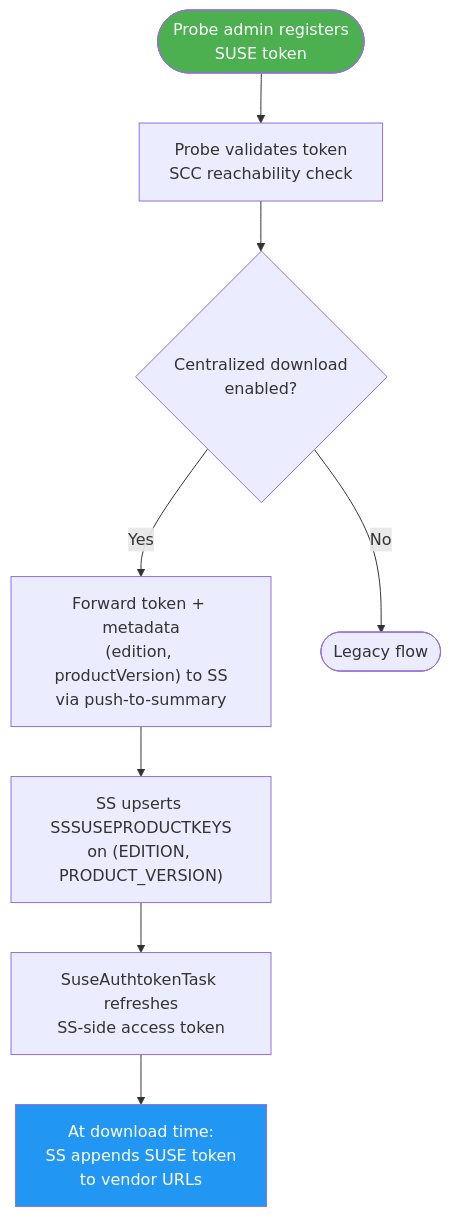
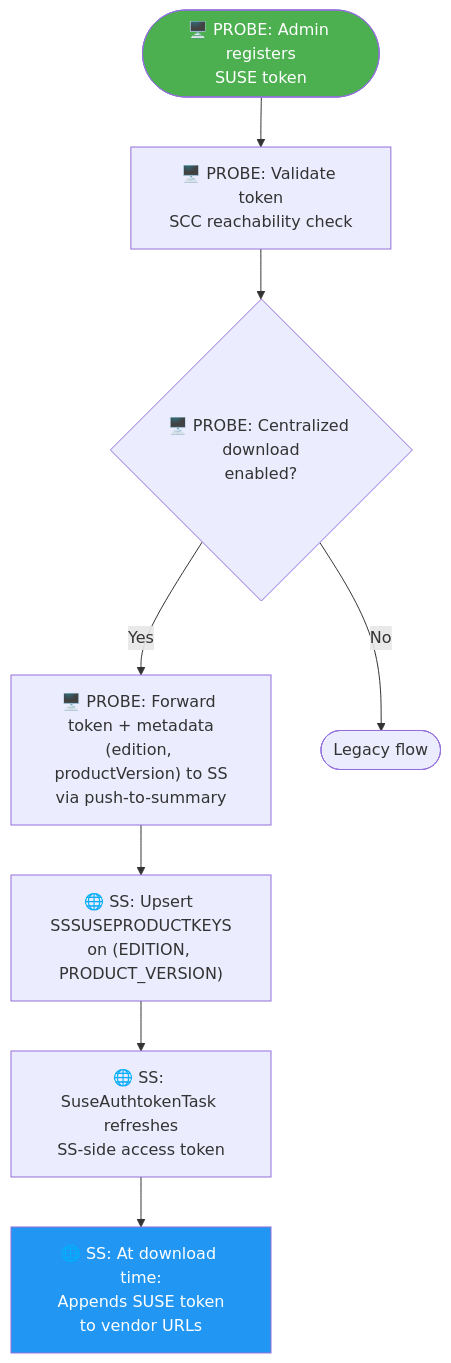
One commit to ranjithkumar-a-23525/RebaseEx changed diagram 12 of 29 in use-case-diagrams.md. Above: the diagram before and after it, drawn with Mermaid. The commit also changed other lines of this file, not shown here.

````diff
--- a/use-case-diagrams.md
+++ b/use-case-diagrams.md
@@ -231,13 +231,13 @@
 ```mermaid
 flowchart TD
-    A([Probe admin registers<br/>SUSE token]) --> B[Probe validates token<br/>SCC reachability check]
-    B --> C{Centralized download<br/>enabled?}
-    C -->|Yes| D["Forward token + metadata<br/>(edition, productVersion) to SS<br/>via push-to-summary"]
-    C -->|No| Z([Legacy flow])
-    D --> E["SS upserts SSSUSEPRODUCTKEYS<br/>on (EDITION, PRODUCT_VERSION)"]
-    E --> F[SuseAuthtokenTask refreshes<br/>SS-side access token]
-    F --> G["At download time:<br/>SS appends SUSE token<br/>to vendor URLs"]
+    A(["🖥️ PROBE: Admin registers<br/>SUSE token"]) --> B["🖥️ PROBE: Validate token<br/>SCC reachability check"]
+    B --> C{"🖥️ PROBE: Centralized download<br/>enabled?"}
+    C -->|Yes| D["🖥️ PROBE: Forward token + metadata<br/>(edition, productVersion) to SS<br/>via push-to-summary"]
+    C -->|No| Z(["Legacy flow"])
+    D --> E["🌐 SS: Upsert SSSUSEPRODUCTKEYS<br/>on (EDITION, PRODUCT_VERSION)"]
+    E --> F["🌐 SS: SuseAuthtokenTask refreshes<br/>SS-side access token"]
+    F --> G["🌐 SS: At download time:<br/>Appends SUSE token<br/>to vendor URLs"]
 
     style A fill:#4CAF50,color:#fff
     style G fill:#2196F3,color:#fff
 ```
````
